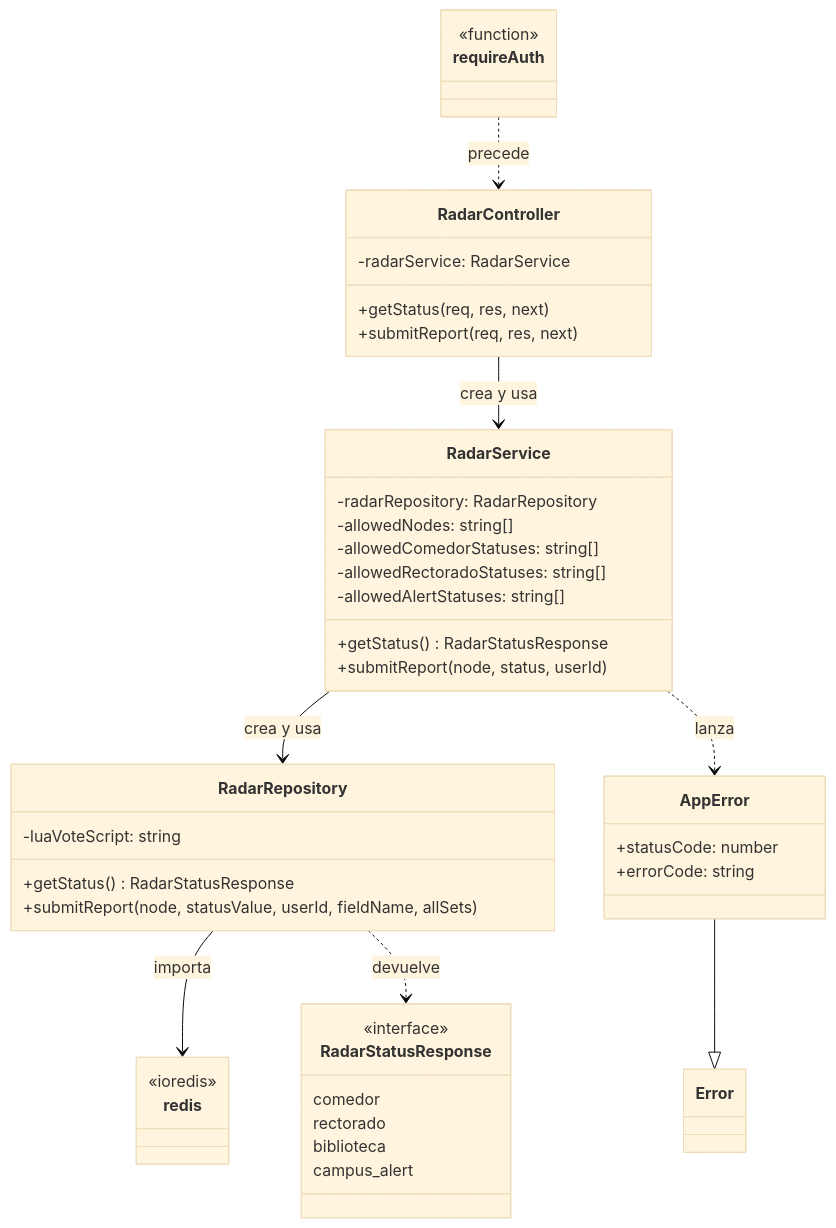
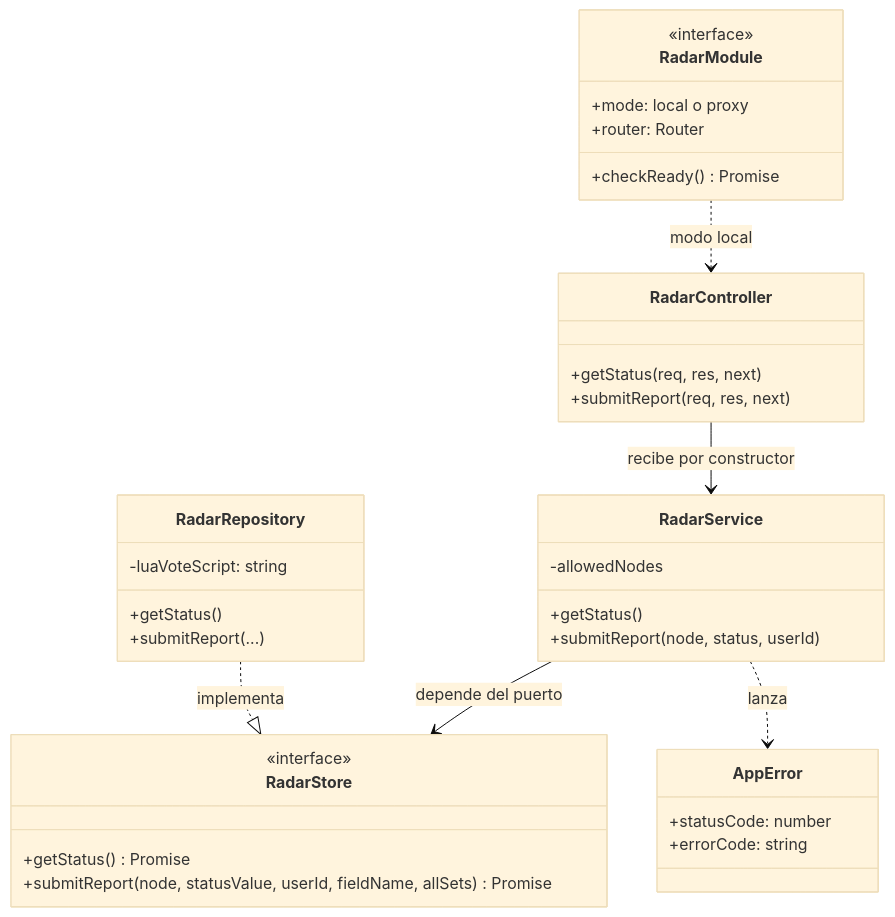
The first of 9 diagrams in docs/04-modelo-c4/04-codigo-y-secuencias.md (pillacarodriguezuriel-a11y/social_unsch), drawn with Mermaid (base theme) before and after one commit. The commit also changed other lines of this file and 44 other files, not shown here.

````diff
--- a/docs/04-modelo-c4/04-codigo-y-secuencias.md
+++ b/docs/04-modelo-c4/04-codigo-y-secuencias.md
@@ -10,48 +18,38 @@
 ```mermaid
 classDiagram
+    class RadarModule {
+        <<interface>>
+        +mode: local o proxy
+        +router: Router
+        +checkReady() Promise
+    }
+    class RadarStore {
+        <<interface>>
+        +getStatus() Promise
+        +submitReport(node, statusValue, userId, fieldName, allSets) Promise
+    }
     class RadarController {
-        -radarService: RadarService
         +getStatus(req, res, next)
         +submitReport(req, res, next)
     }
     class RadarService {
-        -radarRepository: RadarRepository
-        -allowedNodes: string[]
-        -allowedComedorStatuses: string[]
-        -allowedRectoradoStatuses: string[]
-        -allowedAlertStatuses: string[]
-        +getStatus() RadarStatusResponse
+        -allowedNodes
+        +getStatus()
         +submitReport(node, status, userId)
     }
     class RadarRepository {
         -luaVoteScript: string
-        +getStatus() RadarStatusResponse
-        +submitReport(node, statusValue, userId, fieldName, allSets)
-    }
-    class RadarStatusResponse {
-        <<interface>>
-        comedor
-        rectorado
-        biblioteca
-        campus_alert
+        +getStatus()
+        +submitReport(...)
     }
     class AppError {
         +statusCode: number
         +errorCode: string
     }
-    class Error
-    class requireAuth {
-        <<function>>
-    }
-    class redis {
-        <<ioredis>>
-    }
 
-    RadarController --> RadarService : crea y usa
-    RadarService --> RadarRepository : crea y usa
-    RadarRepository --> redis : importa
-    RadarRepository ..> RadarStatusResponse : devuelve
+    RadarController --> RadarService : recibe por constructor
+    RadarService --> RadarStore : depende del puerto
+    RadarRepository ..|> RadarStore : implementa
     RadarService ..> AppError : lanza
-    AppError --|> Error
-    requireAuth ..> RadarController : precede
+    RadarModule ..> RadarController : modo local
 ```
````
